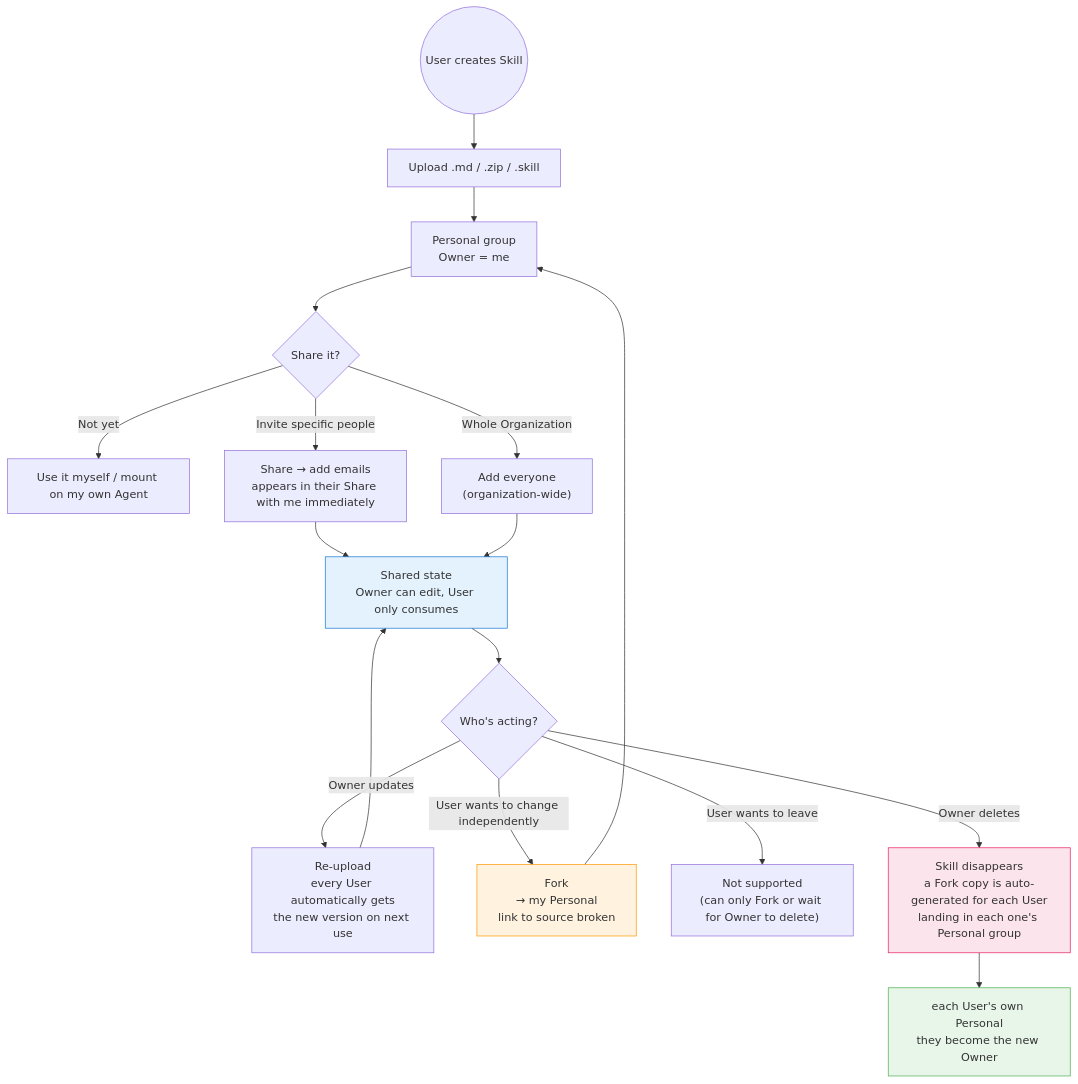
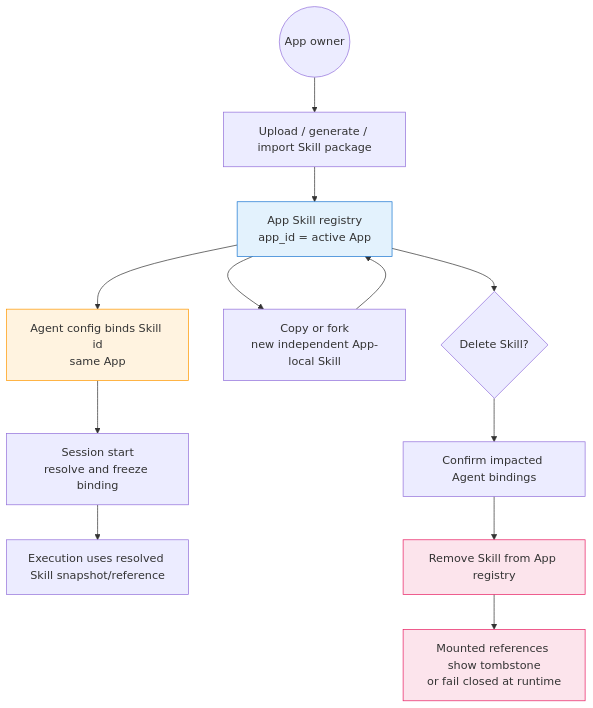
One commit to langgenius/mosoo changed the diagram in docs/prd/skill-interaction.md. Above: the diagram before and after it, drawn with Mermaid. The commit also changed other lines of this file and 71 other files, not shown here.

Commit message:
chore(app-boundary): refresh generated docs and tests

````diff
--- a/docs/prd/skill-interaction.md
+++ b/docs/prd/skill-interaction.md
@@ -191,28 +179,22 @@
 ```mermaid
 flowchart TD
-    U(("User creates Skill")) --> CREATE["Upload .md / .zip / .skill"]
-    CREATE --> OWNED["Personal group<br/>Owner = me"]
+    OWNER(("App owner")) --> CREATE["Upload / generate / import Skill package"]
+    CREATE --> REGISTRY["App Skill registry<br/>app_id = active App"]
 
-    OWNED --> Q1{"Share it?"}
-    Q1 -->|"Not yet"| USE1["Use it myself / mount on my own Agent"]
-    Q1 -->|"Invite specific people"| SHARE_P["Share → add emails<br/>appears in their Share with me immediately"]
-    Q1 -->|"Whole Organization"| SHARE_WS["Add everyone<br/>(organization-wide)"]
+    REGISTRY --> BIND["Agent config binds Skill id<br/>same App"]
+    BIND --> RUN["Session start<br/>resolve and freeze binding"]
+    RUN --> EXECUTE["Execution uses resolved Skill snapshot/reference"]
 
-    SHARE_P --> SHARED["Shared state<br/>Owner can edit, User only consumes"]
-    SHARE_WS --> SHARED
+    REGISTRY --> COPY["Copy or fork<br/>new independent App-local Skill"]
+    COPY --> REGISTRY
 
-    SHARED --> Q2{"Who's acting?"}
-    Q2 -->|"Owner updates"| UPDATE["Re-upload<br/>every User automatically gets<br/>the new version on next use"]
-    Q2 -->|"User wants to change independently"| FORK["Fork<br/>→ my Personal<br/>link to source broken"]
-    Q2 -->|"User wants to leave"| NA["Not supported<br/>(can only Fork or wait for Owner to delete)"]
-    Q2 -->|"Owner deletes"| DELETE["Skill disappears<br/>a Fork copy is auto-generated for each User<br/>landing in each one's Personal group"]
+    REGISTRY --> DELETE_Q{"Delete Skill?"}
+    DELETE_Q --> CONFIRM["Confirm impacted Agent bindings"]
+    CONFIRM --> DELETE["Remove Skill from App registry"]
+    DELETE --> TOMBSTONE["Mounted references show tombstone<br/>or fail closed at runtime"]
 
-    UPDATE --> SHARED
-    FORK --> OWNED
-    DELETE --> FORKED_USERS["each User's own Personal<br/>they become the new Owner"]
-
-    style SHARED fill:#e3f2fd,stroke:#1976d2
-    style FORK fill:#fff3e0,stroke:#ff9800
+    style REGISTRY fill:#e3f2fd,stroke:#1976d2
+    style BIND fill:#fff3e0,stroke:#ff9800
     style DELETE fill:#fce4ec,stroke:#e91e63
-    style FORKED_USERS fill:#e8f5e9,stroke:#4caf50
+    style TOMBSTONE fill:#fce4ec,stroke:#e91e63
 ```
````
